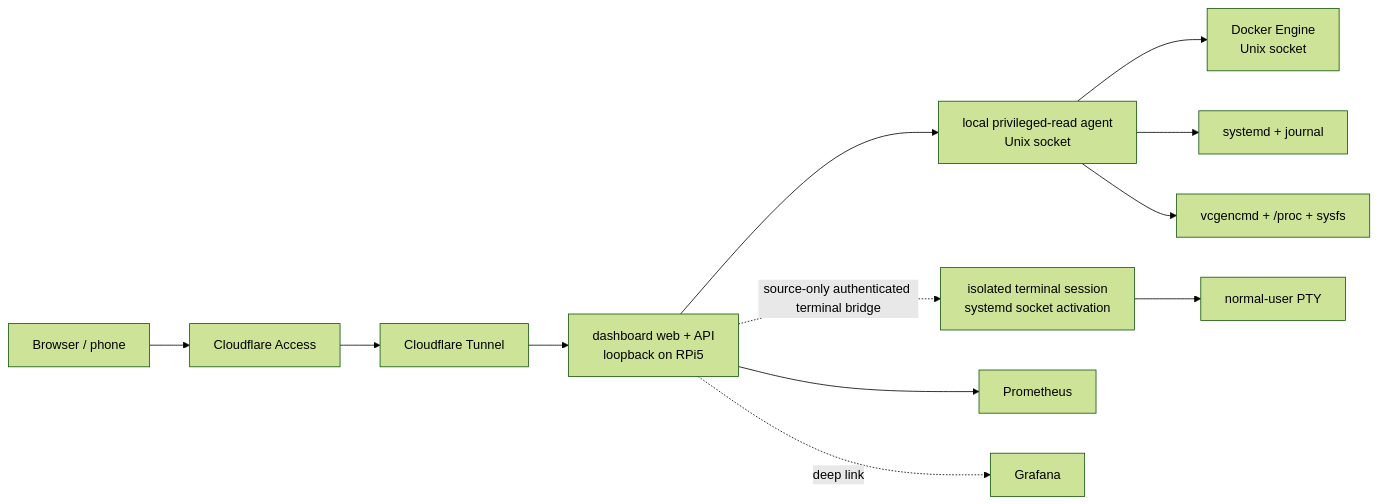
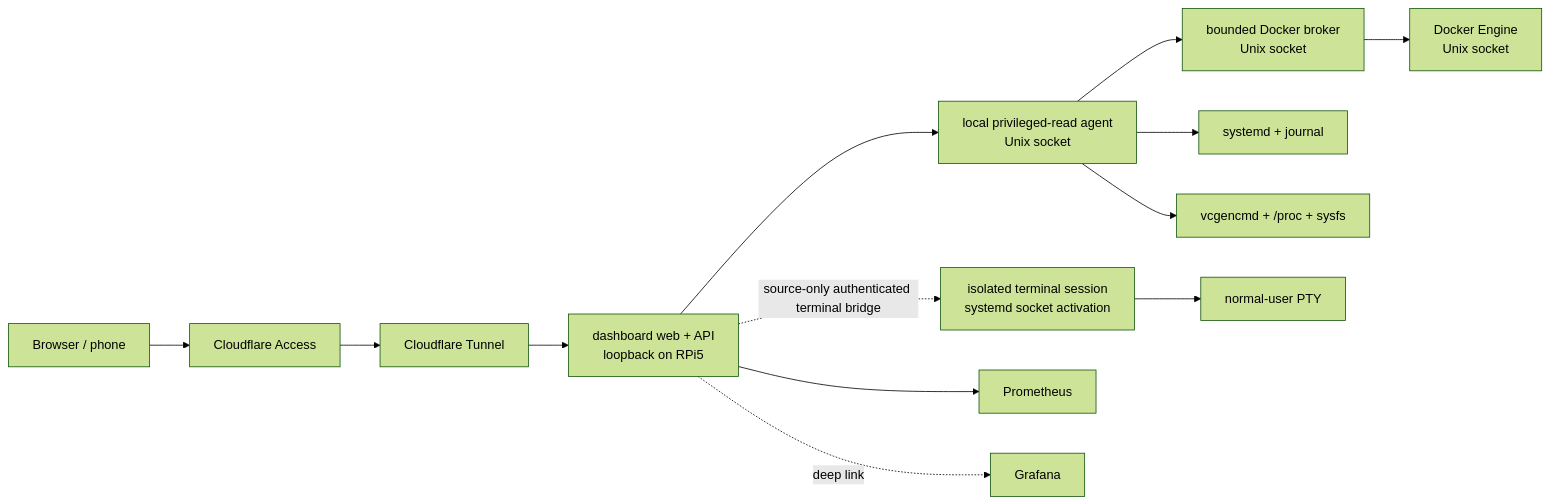
One commit to rozkalnsandris/dashboard_RPi5 changed the diagram in docs/ARCHITECTURE.md. Above: the diagram before and after it, drawn with Mermaid (forest theme). The commit also changed other lines of this file and 6 other files, not shown here.

Commit message:
docs: align Docker authority architecture with broker boundary

````diff
--- a/docs/ARCHITECTURE.md
+++ b/docs/ARCHITECTURE.md
@@ -11,25 +11,26 @@
 ```mermaid
 flowchart LR
     B[Browser / phone]
     A[Cloudflare Access]
     T[Cloudflare Tunnel]
     W[dashboard web + API\nloopback on RPi5]
     X[local privileged-read agent\nUnix socket]
+    K[bounded Docker broker\nUnix socket]
     Y[isolated terminal session\nsystemd socket activation]
     D[Docker Engine\nUnix socket]
     J[systemd + journal]
     R[vcgencmd + /proc + sysfs]
     P[Prometheus]
     G[Grafana]
     S[normal-user PTY]
 
     B --> A --> T --> W
     W --> X
-    W -. source-only authenticated terminal bridge .-> Y
-    X --> D
+    X --> K --> D
     X --> J
     X --> R
+    W -. source-only authenticated terminal bridge .-> Y
     Y --> S
     W --> P
     W -. deep link .-> G
 ```
````
